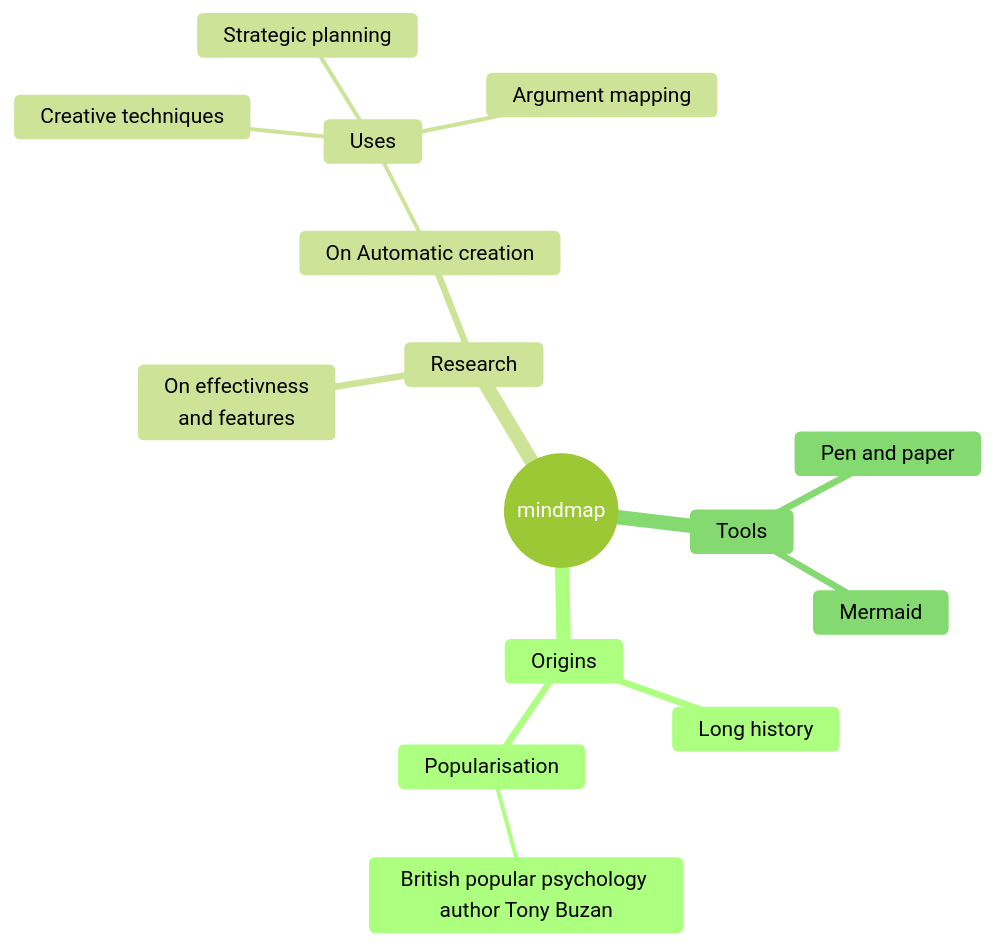
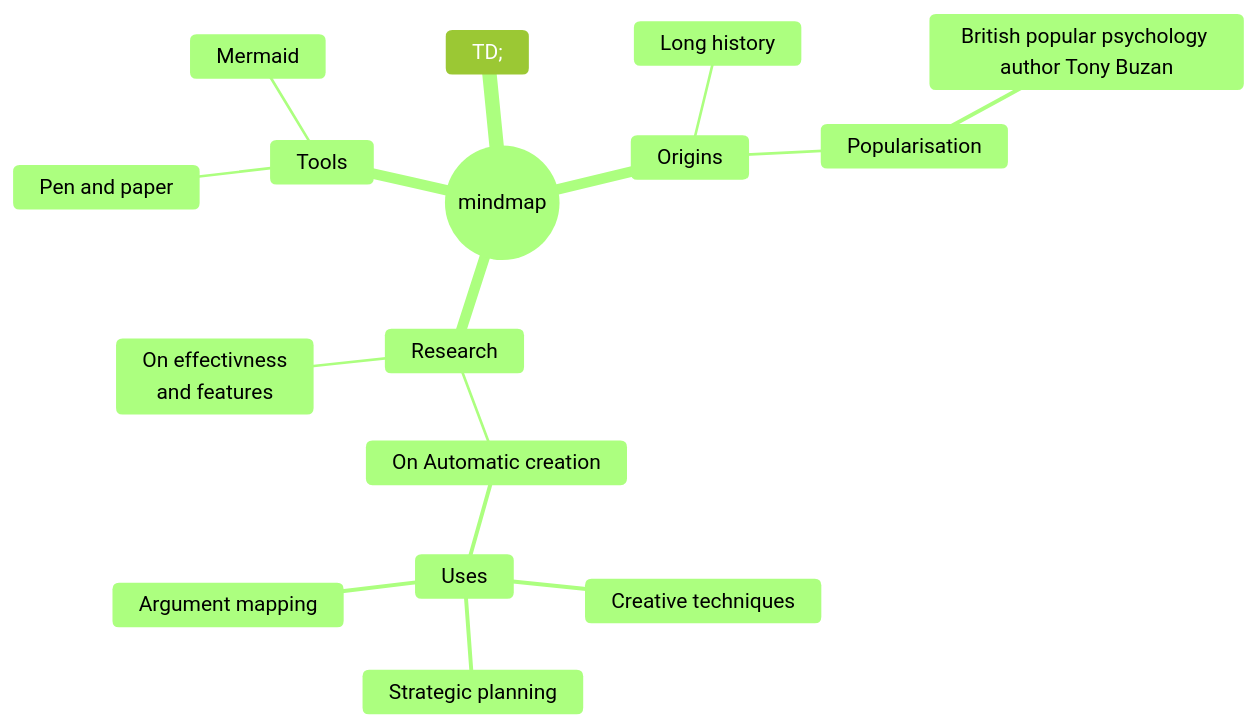
Before and after one commit to dinh-thi-nguyen/dinh-thi-nguyen.github.io: the third of 3 diagrams in _pages/about.md, drawn with Mermaid (forest theme).

```diff
--- a/_pages/about.md
+++ b/_pages/about.md
@@ -49,19 +49,19 @@
 <div class="mermaid">
-mindmap
+mindmap TD;
   root((mindmap))
     Origins
       Long history
       ::icon(fa fa-book)
       Popularisation
         British popular psychology author Tony Buzan
     Research
       On effectivness<br/>and features
       On Automatic creation
         Uses
             Creative techniques
             Strategic planning
             Argument mapping
     Tools
       Pen and paper
       Mermaid
 </div>
```
